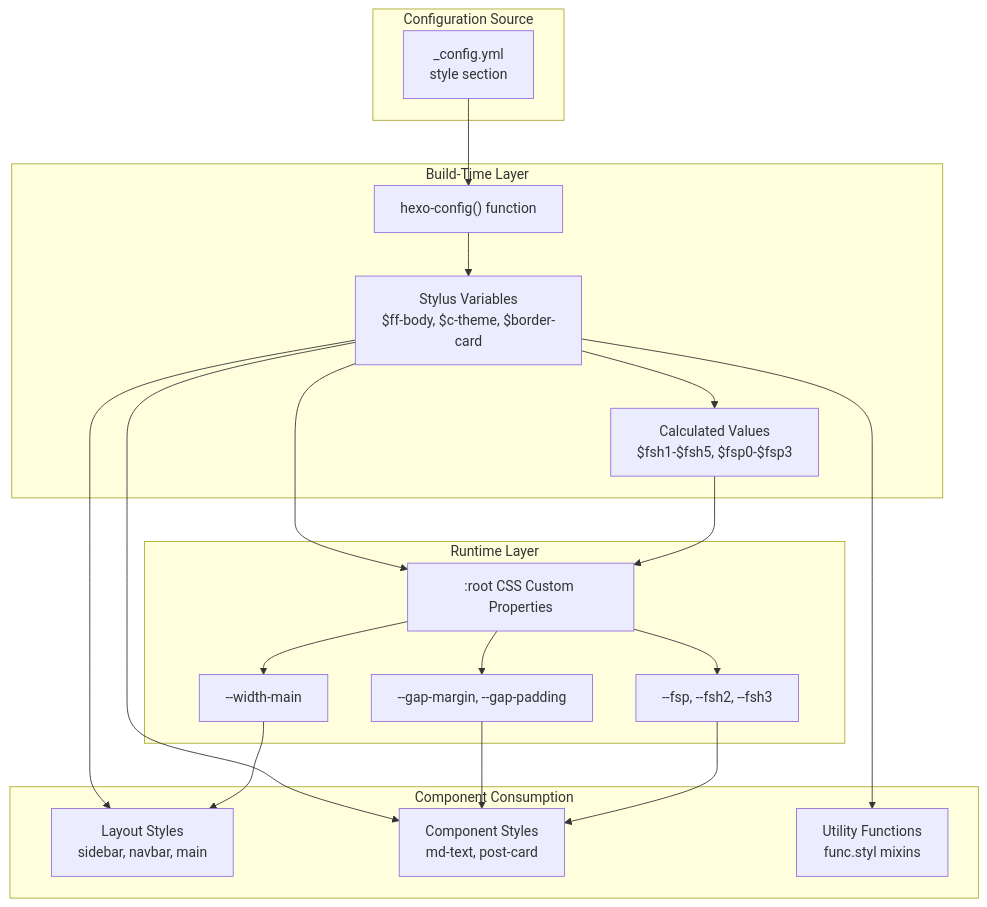
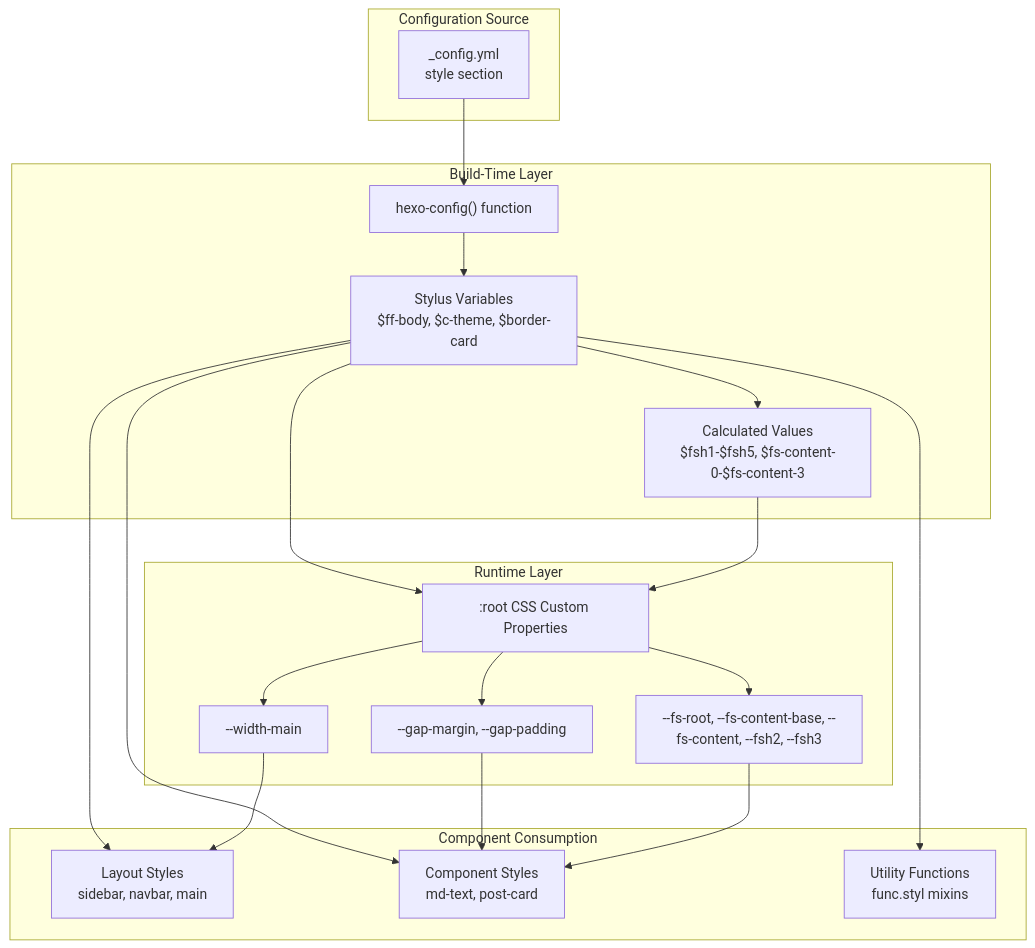
The first of 7 diagrams in docs/knowledge/01-样式系统/design-tokens.md (xaoxuu/hexo-theme-stellar), drawn with Mermaid before and after one commit. The commit also changed other lines of this file and 41 other files, not shown here.

````diff
--- a/docs/knowledge/01-样式系统/design-tokens.md
+++ b/docs/knowledge/01-样式系统/design-tokens.md
@@ -33,43 +33,43 @@
 ```mermaid
 graph TB
     subgraph "Configuration Source"
         CONFIG["_config.yml<br/>style section"]
     end
     
     subgraph "Build-Time Layer"
         HEXOCONFIG["hexo-config() function"]
         STYLUSVARS["Stylus Variables<br/>$ff-body, $c-theme, $border-card"]
-        CALCULATIONS["Calculated Values<br/>$fsh1-$fsh5, $fsp0-$fsp3"]
+        CALCULATIONS["Calculated Values<br/>$fsh1-$fsh5, $fs-content-0-$fs-content-3"]
     end
     
     subgraph "Runtime Layer"
         CSSROOT[":root CSS Custom Properties"]
         CSSWIDTH["--width-main"]
         CSSGAP["--gap-margin, --gap-padding"]
-        CSSFONT["--fsp, --fsh2, --fsh3"]
+        CSSFONT["--fs-root, --fs-content-base, --fs-content, --fsh2, --fsh3"]
     end
     
     subgraph "Component Consumption"
         LAYOUTS["Layout Styles<br/>sidebar, navbar, main"]
         COMPONENTS["Component Styles<br/>md-text, post-card"]
         UTILITIES["Utility Functions<br/>func.styl mixins"]
     end
     
     CONFIG --> HEXOCONFIG
     HEXOCONFIG --> STYLUSVARS
     STYLUSVARS --> CALCULATIONS
     STYLUSVARS --> CSSROOT
     CALCULATIONS --> CSSROOT
     
     CSSROOT --> CSSWIDTH
     CSSROOT --> CSSGAP
     CSSROOT --> CSSFONT
     
     STYLUSVARS --> LAYOUTS
     STYLUSVARS --> COMPONENTS
     STYLUSVARS --> UTILITIES
     
     CSSWIDTH --> LAYOUTS
     CSSGAP --> COMPONENTS
     CSSFONT --> COMPONENTS
 ```
````
